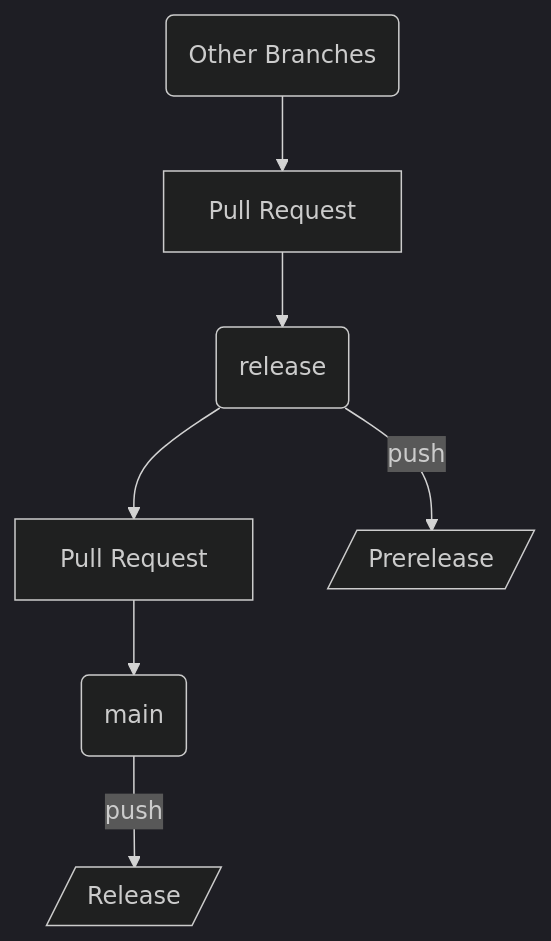
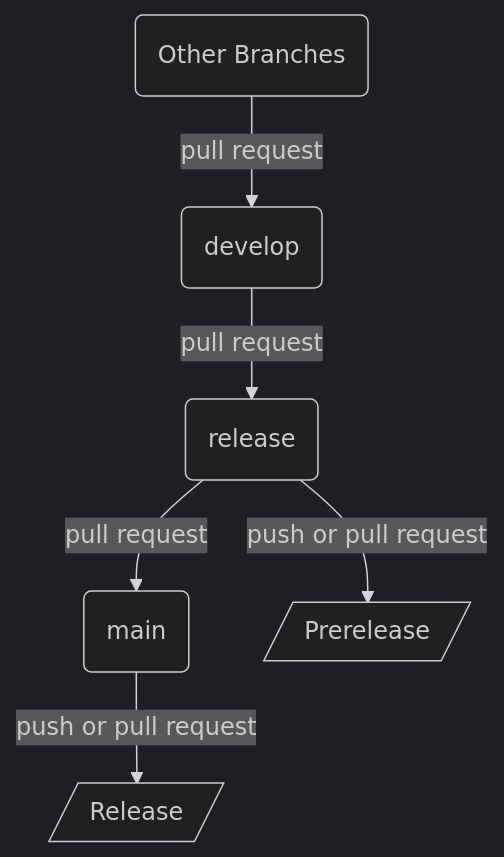
One commit to SiegeSailor/Smarty-Notebook changed the diagram in .github/CONTRIBUTING.md. Above: the diagram before and after it, drawn with Mermaid (dark theme). The commit also changed other lines of this file, not shown here.

Commit message:
docs: update branching strategy and flowchart

````diff
--- a/.github/CONTRIBUTING.md
+++ b/.github/CONTRIBUTING.md
@@ -27,10 +28,9 @@
 ```mermaid
 flowchart TB
-    OB(Other Branches) --> PR1[Pull Request]
-    PR1 --> R(release)
-    R --> PR2[Pull Request]
-    PR2 --> M(main)
+    OB(Other Branches) -->|pull request| D(develop)
+    D --> |pull request| R(release)
+    R --> |pull request| M(main)
 
-    R -->|push| Prerelease[/Prerelease/]
-    M -->|push| Release[/Release/]
+    R -->|push or pull request| Prerelease[/Prerelease/]
+    M -->|push or pull request| Release[/Release/]
 ```
````
